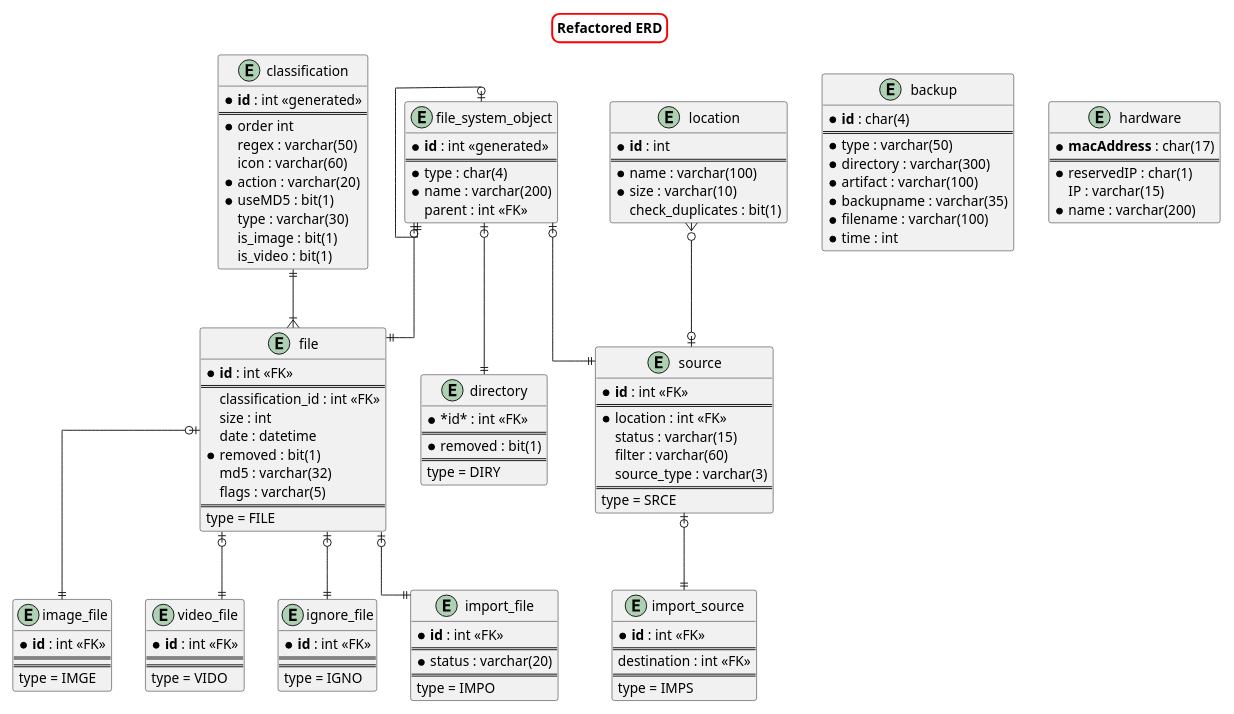
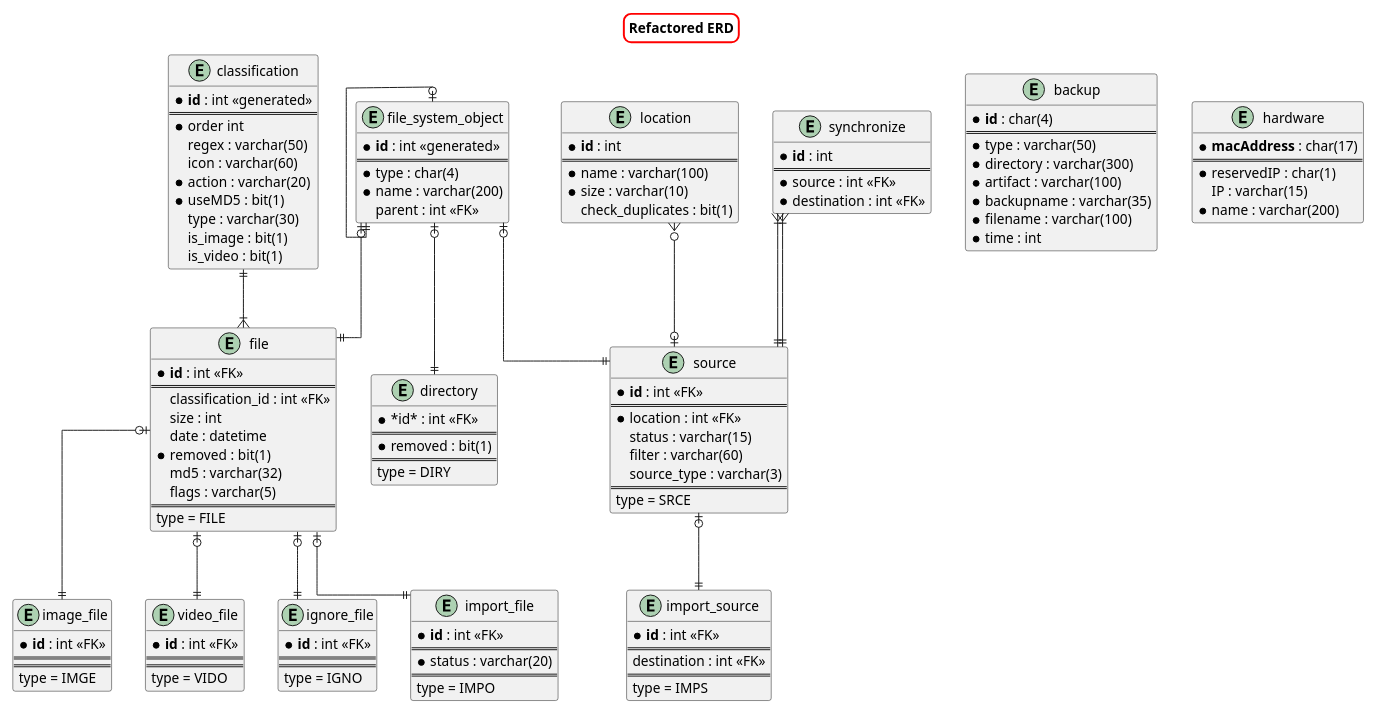
Before and after one commit to jbrmmg/Backup: the diagram in src/main/resources/design/entity/refactored.pu, drawn with PlantUML. The commit also changed 2 other files, not shown here.

```diff
--- a/src/main/resources/design/entity/refactored.pu
+++ b/src/main/resources/design/entity/refactored.pu
@@ -1,138 +1,147 @@
 @startuml
 skinparam titleBorderRoundCorner 15
 skinparam titleBorderThickness 2
 skinparam titleBorderColor red
 title Refactored ERD
 skinparam linetype ortho
 scale 0.75
 
 entity file_system_object {
 * **id** : int <<generated>>
 ==
 * type : char(4)
 * name : varchar(200)
   parent : int <<FK>>
 }
 
 entity file {
    * **id** : int <<FK>>
    ==
    classification_id : int <<FK>>
    size : int
    date : datetime
    * removed : bit(1)
    md5 : varchar(32)
    flags : varchar(5)
    ==
    type = FILE
 }
 
 entity image_file {
    * **id** : int <<FK>>
    ==
    ==
    type = IMGE
 }
 
 entity video_file {
    * **id** : int <<FK>>
    ==
    ==
    type = VIDO
 }
 
 entity directory {
   * *id* : int <<FK>>
   ==
   * removed : bit(1)
   ==
   type = DIRY
 }
 
 entity source {
   * **id** : int <<FK>>
   ==
   * location : int <<FK>>
   status : varchar(15)
   filter : varchar(60)
   source_type : varchar(3)
   ==
   type = SRCE
 }
 
 
 entity import_source {
   * **id** : int <<FK>>
   ==
   destination : int <<FK>>
   ==
   type = IMPS
 }
 
 entity classification {
   * **id** : int <<generated>>
   ==
   * order int
   regex : varchar(50)
   icon : varchar(60)
   * action : varchar(20)
   * useMD5 : bit(1)
   type : varchar(30)
   is_image : bit(1)
   is_video : bit(1)
 }
 
 entity backup {
   * **id** : char(4)
   ==
   * type : varchar(50)
   * directory : varchar(300)
   * artifact : varchar(100)
   * backupname : varchar(35)
   * filename : varchar(100)
   * time : int
 }
 
 entity hardware {
   * **macAddress** : char(17)
   ==
   * reservedIP : char(1)
   IP : varchar(15)
   * name : varchar(200)
 }
 
 entity location {
   * **id** : int
   ==
   * name : varchar(100)
   * size : varchar(10)
   check_duplicates : bit(1)
 }
 
 entity ignore_file {
   * **id** : int <<FK>>
   ==
   ==
   type = IGNO
 }
 
 entity import_file {
   * **id** : int <<FK>>
   ==
   * status : varchar(20)
   ==
   type = IMPO
 }
 
+entity synchronize {
+ * **id** : int
+ ==
+ * source : int <<FK>>
+ * destination : int <<FK>>
+}
+
 file_system_object |o--|| file_system_object
 file_system_object |o--|| file
 file_system_object |o--|| directory
 file_system_object |o--|| source
 file |o--|| image_file
 file |o--|| video_file
 file |o--|| ignore_file
 file |o--|| import_file
 source |o--|| import_source
 classification ||--|{ file
 location }o--o| source
+synchronize }|--|| source
+synchronize }|--|| source
 @enduml
```
